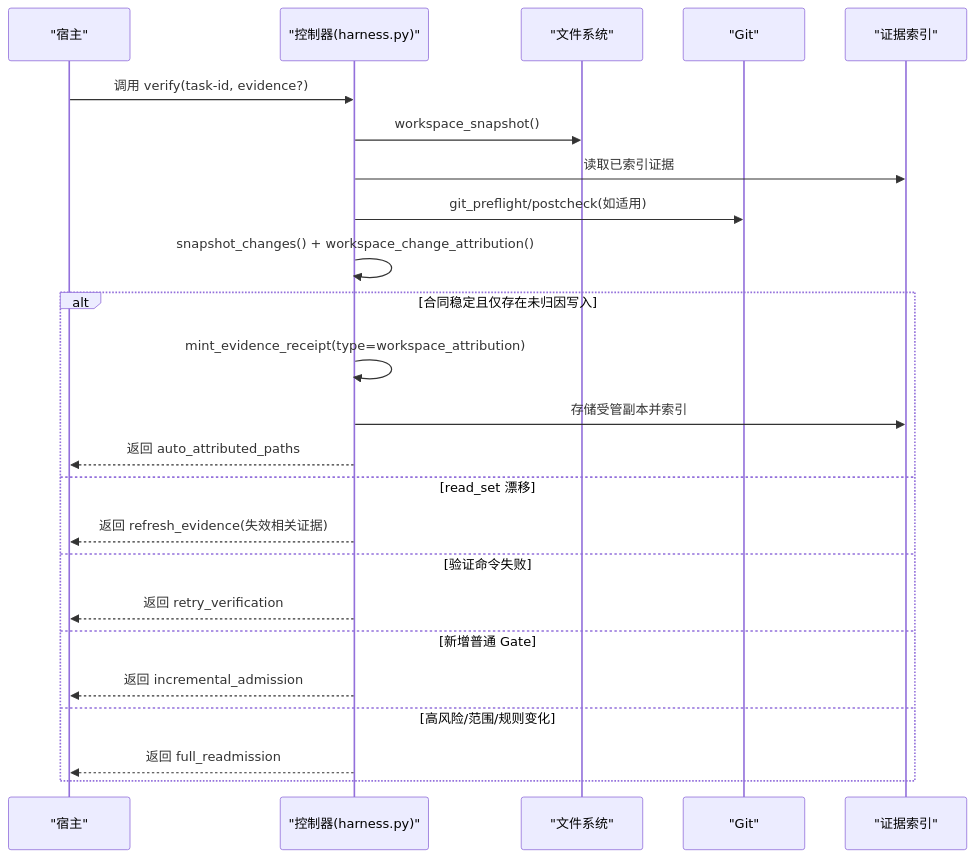
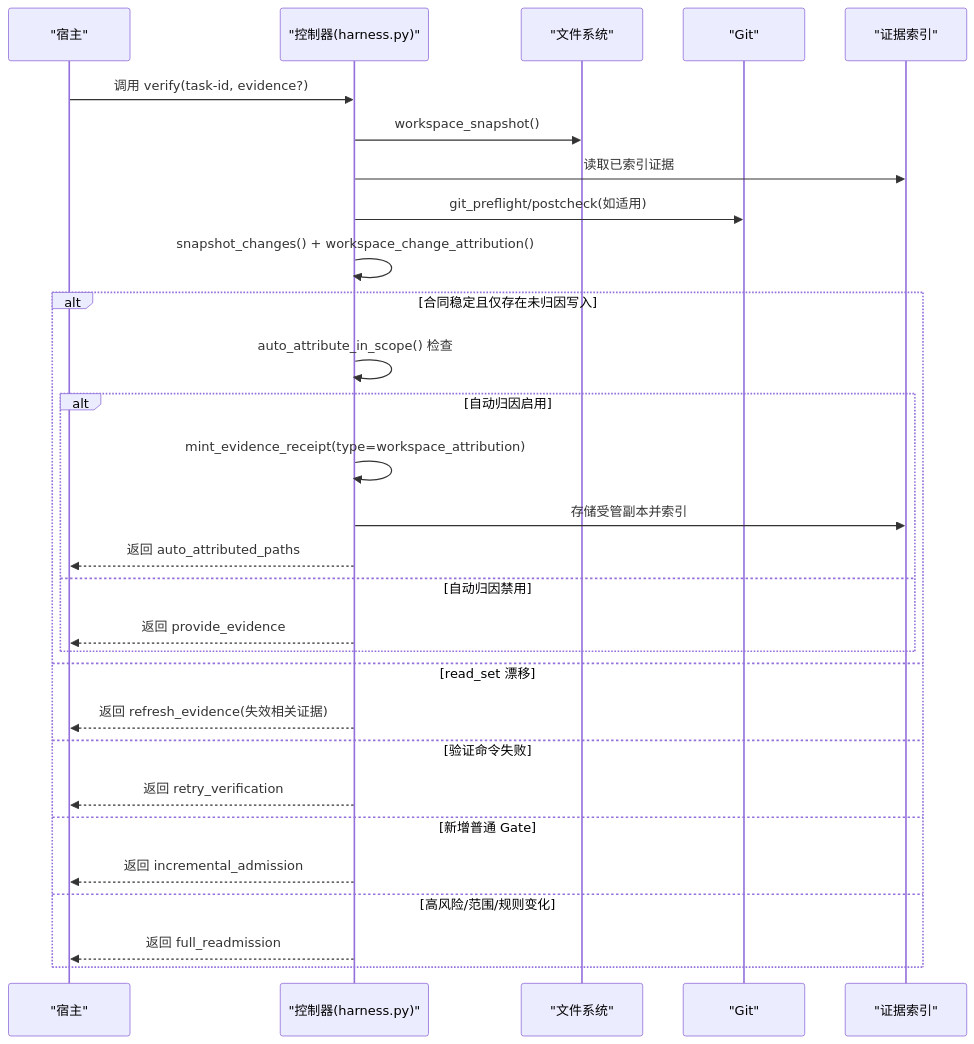
The second of 7 diagrams in .qoder/repowiki/zh/content/证据系统/自动归因功能.md (HackSing/docs-harness), drawn with Mermaid before and after one commit. The commit also changed other lines of this file and 40 other files, not shown here.

````diff
--- a/.qoder/repowiki/zh/content/证据系统/自动归因功能.md
+++ b/.qoder/repowiki/zh/content/证据系统/自动归因功能.md
@@ -75,26 +89,31 @@
 ```mermaid
 sequenceDiagram
 participant Host as "宿主"
 participant Controller as "控制器(harness.py)"
 participant FS as "文件系统"
 participant Git as "Git"
 participant Index as "证据索引"
 Host->>Controller : 调用 verify(task-id, evidence?)
 Controller->>FS : workspace_snapshot()
 Controller->>Index : 读取已索引证据
 Controller->>Git : git_preflight/postcheck(如适用)
 Controller->>Controller : snapshot_changes() + workspace_change_attribution()
 alt 合同稳定且仅存在未归因写入
+Controller->>Controller : auto_attribute_in_scope() 检查
+alt 自动归因启用
 Controller->>Controller : mint_evidence_receipt(type=workspace_attribution)
 Controller->>Index : 存储受管副本并索引
 Controller-->>Host : 返回 auto_attributed_paths
+else 自动归因禁用
+Controller-->>Host : 返回 provide_evidence
+end
 else read_set 漂移
 Controller-->>Host : 返回 refresh_evidence(失效相关证据)
 else 验证命令失败
 Controller-->>Host : 返回 retry_verification
 else 新增普通 Gate
 Controller-->>Host : 返回 incremental_admission
 else 高风险/范围/规则变化
 Controller-->>Host : 返回 full_readmission
 end
 ```
````
